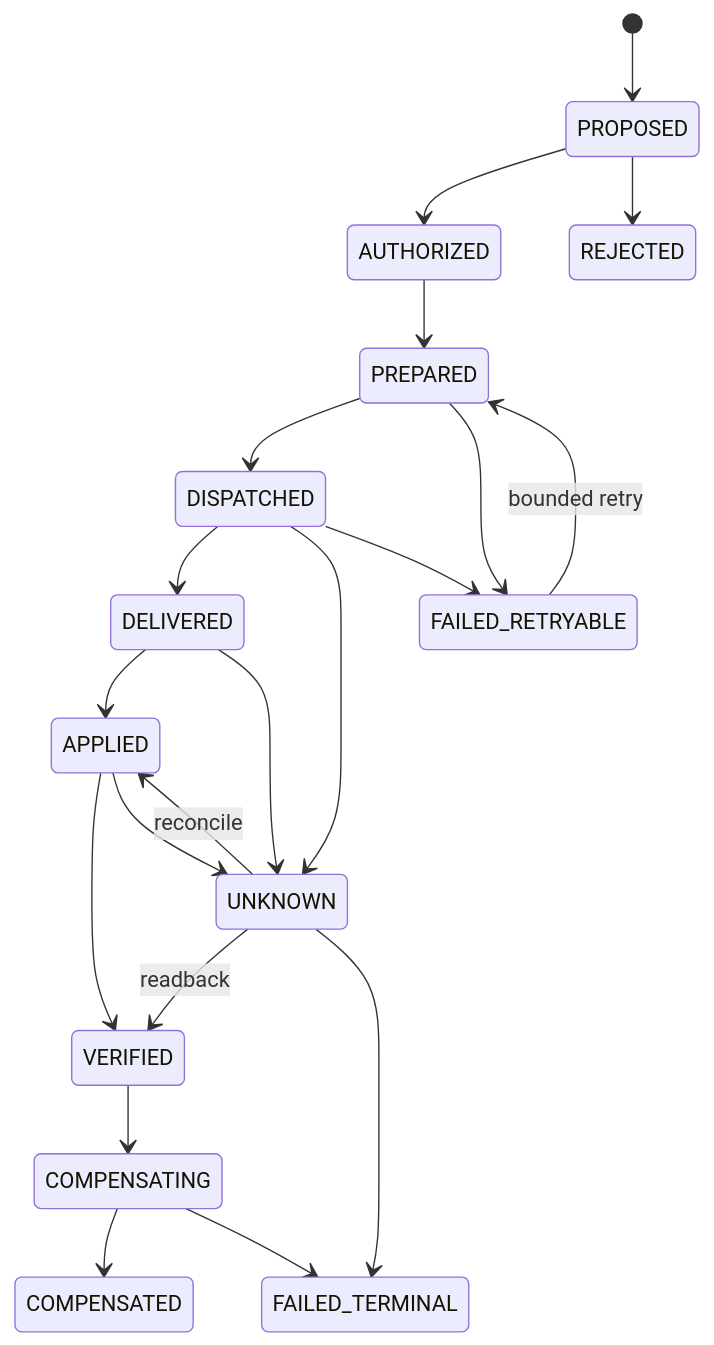
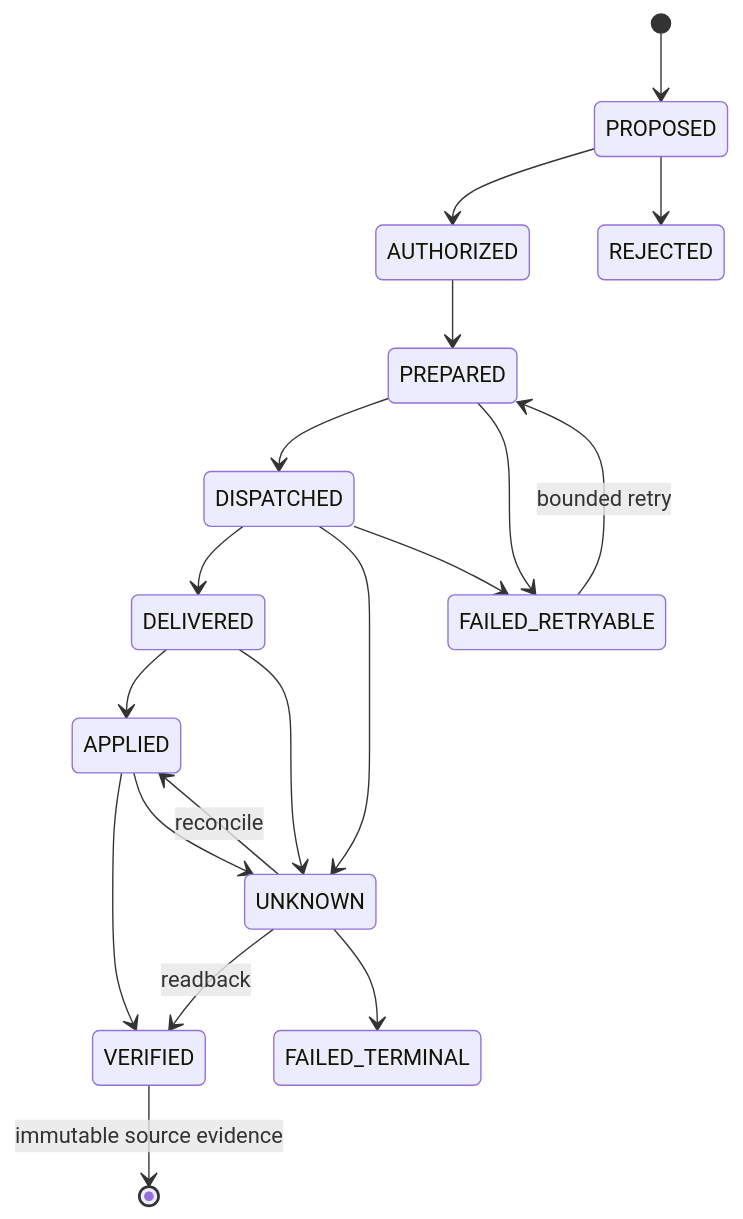
Before and after one commit to LucasWEIchen/CougarOS: the third of 4 diagrams in docs/CENTRAL_BRAIN_COMPLETE_SOFTWARE_DEVELOPMENT_DESIGN.md, drawn with Mermaid. The commit also changed other lines of this file and 21 other files, not shown here.

````diff
--- a/docs/CENTRAL_BRAIN_COMPLETE_SOFTWARE_DEVELOPMENT_DESIGN.md
+++ b/docs/CENTRAL_BRAIN_COMPLETE_SOFTWARE_DEVELOPMENT_DESIGN.md
@@ -1293,23 +1293,21 @@
 ```mermaid
 stateDiagram-v2
     [*] --> PROPOSED
     PROPOSED --> AUTHORIZED
     PROPOSED --> REJECTED
     AUTHORIZED --> PREPARED
     PREPARED --> DISPATCHED
     DISPATCHED --> DELIVERED
     DELIVERED --> APPLIED
     APPLIED --> VERIFIED
     DISPATCHED --> UNKNOWN
     DELIVERED --> UNKNOWN
     APPLIED --> UNKNOWN
     UNKNOWN --> APPLIED: reconcile
     UNKNOWN --> VERIFIED: readback
     UNKNOWN --> FAILED_TERMINAL
     PREPARED --> FAILED_RETRYABLE
     DISPATCHED --> FAILED_RETRYABLE
     FAILED_RETRYABLE --> PREPARED: bounded retry
-    VERIFIED --> COMPENSATING
-    COMPENSATING --> COMPENSATED
-    COMPENSATING --> FAILED_TERMINAL
+    VERIFIED --> [*]: immutable source evidence
 ```
````
